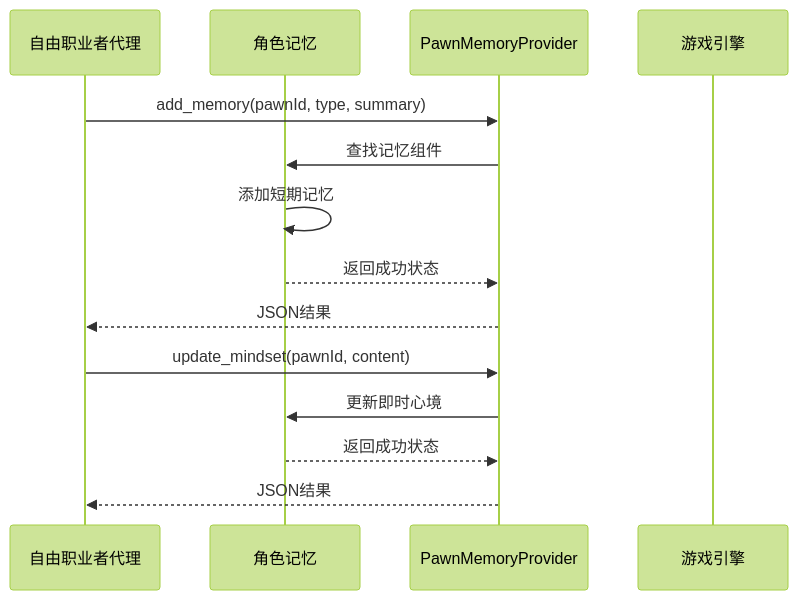
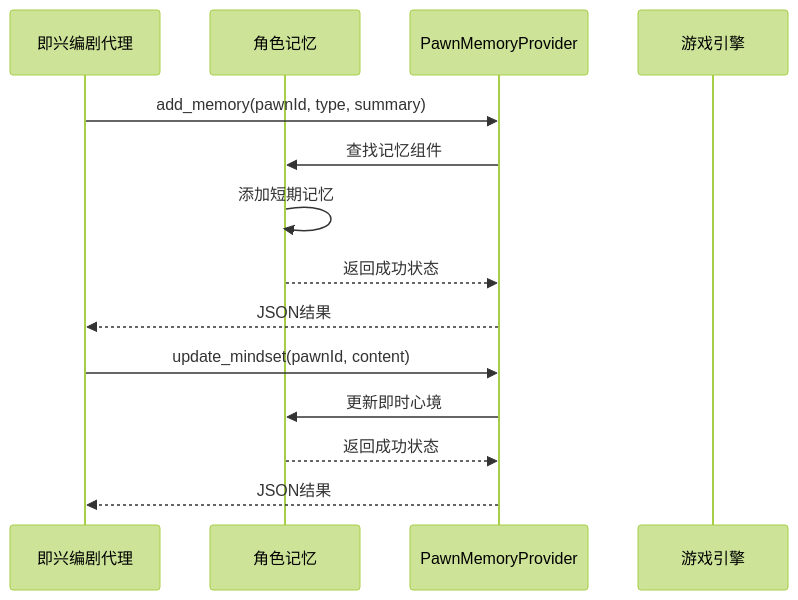
Before and after one commit to suzvka/RimLife: the sixth of 7 diagrams in .qoder/repowiki/zh/content/智能叙事系统/自由职业者代理系统.md, drawn with Mermaid (forest theme). The commit also changed other lines of this file and 26 other files, not shown here.

````diff
--- a/.qoder/repowiki/zh/content/智能叙事系统/自由职业者代理系统.md
+++ b/.qoder/repowiki/zh/content/智能叙事系统/自由职业者代理系统.md
@@ -274,16 +286,16 @@
 ```mermaid
 sequenceDiagram
-participant Agent as 自由职业者代理
+participant Agent as 即兴编剧代理
 participant Memory as 角色记忆
 participant Provider as PawnMemoryProvider
 participant Game as 游戏引擎
 Agent->>Provider : add_memory(pawnId, type, summary)
 Provider->>Memory : 查找记忆组件
 Memory->>Memory : 添加短期记忆
 Memory-->>Provider : 返回成功状态
 Provider-->>Agent : JSON结果
 Agent->>Provider : update_mindset(pawnId, content)
 Provider->>Memory : 更新即时心境
 Memory-->>Provider : 返回成功状态
 Provider-->>Agent : JSON结果
 ```
````
